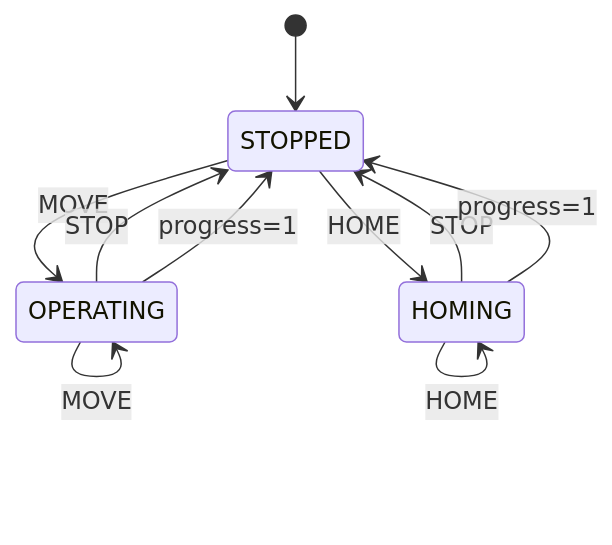
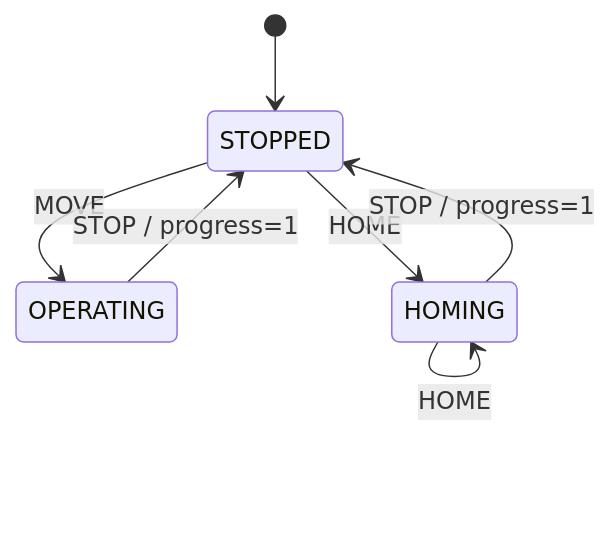
Before and after one commit to SeonilChoi/robot_manager: the diagram in src/robot_manager/scheduler/README.md, drawn with Mermaid. The commit also changed other lines of this file and 7 other files, not shown here.

````diff
--- a/src/robot_manager/scheduler/README.md
+++ b/src/robot_manager/scheduler/README.md
@@ -9,12 +5,9 @@
 ```mermaid
 stateDiagram-v2
   [*] --> STOPPED
   STOPPED --> OPERATING: MOVE
   STOPPED --> HOMING: HOME
-  OPERATING --> STOPPED: STOP
-  OPERATING --> STOPPED: progress=1
-  OPERATING --> OPERATING: MOVE
-  HOMING --> STOPPED: STOP
-  HOMING --> STOPPED: progress=1
+  OPERATING --> STOPPED: STOP / progress=1
+  HOMING --> STOPPED: STOP / progress=1
   HOMING --> HOMING: HOME
 ```
````
